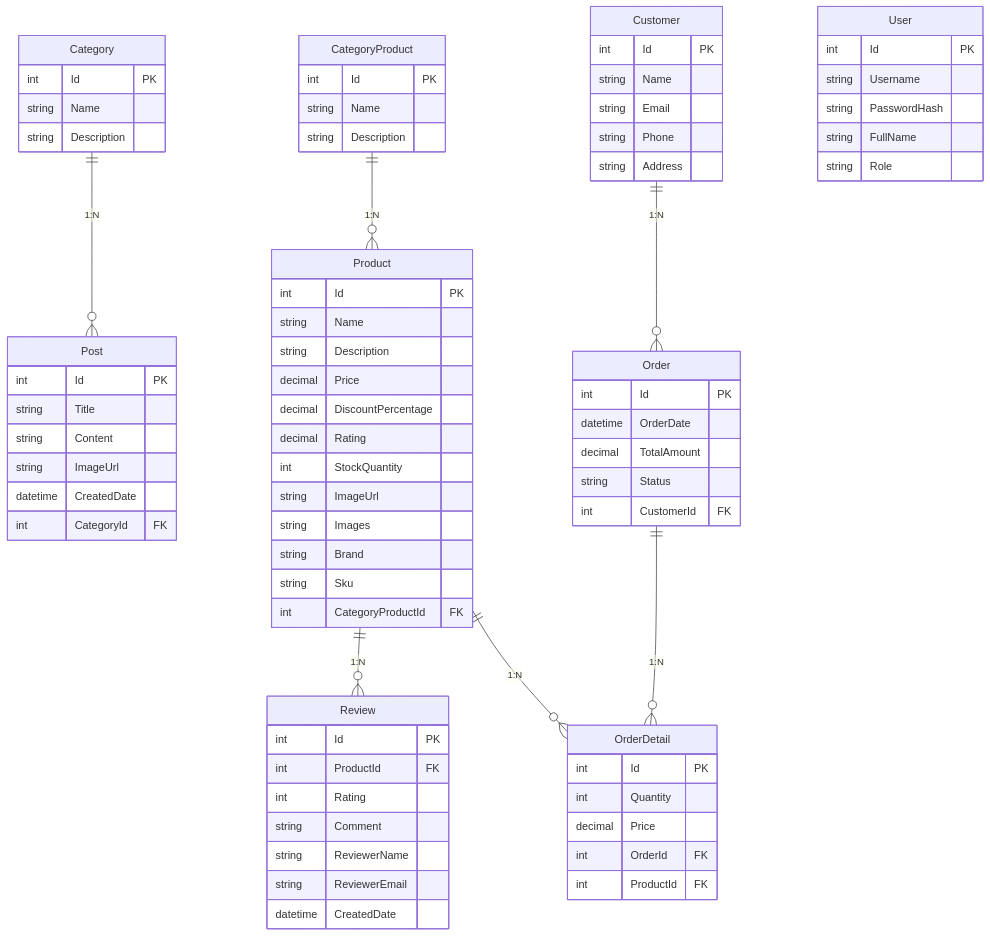
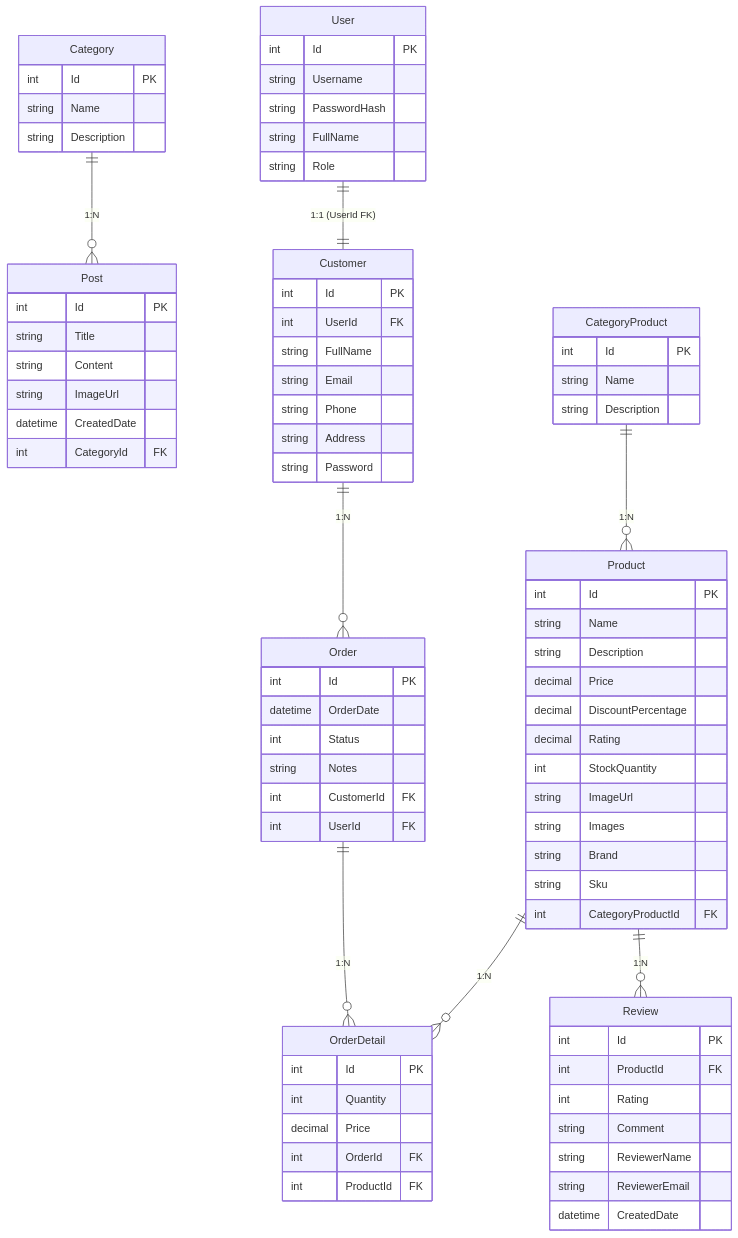
The diagram in docs/database.md (Duybao-313/gearShop-ASP), drawn with Mermaid before and after one commit. The commit also changed other lines of this file and 15 other files, not shown here.

First line of the commit message:
feat: restructure User-Customer 1-1 relation + profile page + register with email

```diff
--- a/docs/database.md
+++ b/docs/database.md
@@ -96,6 +96,7 @@
     Category ||--o{ Post : "1:N"
     CategoryProduct ||--o{ Product : "1:N"
     Product ||--o{ Review : "1:N"
+    User ||--|| Customer : "1:1 (UserId FK)"
     Customer ||--o{ Order : "1:N"
     Order ||--o{ OrderDetail : "1:N"
     Product ||--o{ OrderDetail : "1:N"
@@ -156,18 +157,21 @@
 
     Customer {
         int Id PK
-        string Name
+        int UserId FK
+        string FullName
         string Email
         string Phone
         string Address
+        string Password
     }
 
     Order {
         int Id PK
         datetime OrderDate
-        decimal TotalAmount
-        string Status
+        int Status
+        string Notes
         int CustomerId FK
+        int UserId FK
     }
 
     OrderDetail {
```
